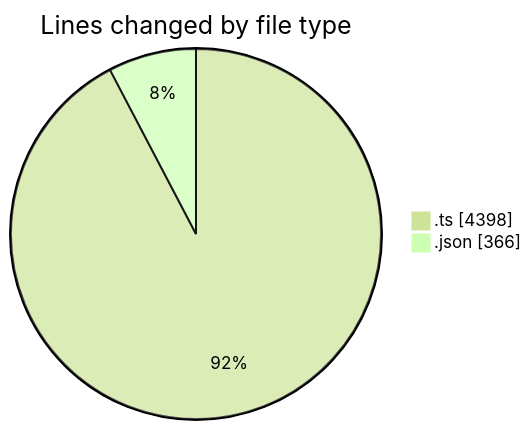
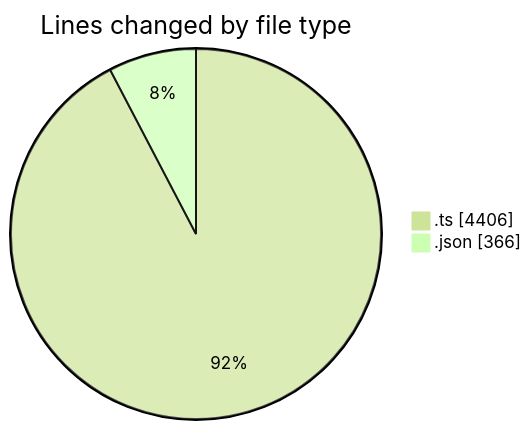
One commit to momahboobian/code-tracking changed the first of 2 diagrams in 2025-10-27/cda/README.md. Above: the diagram before and after it, drawn with Mermaid (forest theme). The commit also changed other lines of this file and 1 other file, not shown here.

````diff
--- a/2025-10-27/cda/README.md
+++ b/2025-10-27/cda/README.md
@@ -26,6 +26,6 @@
 ```mermaid
 pie showData
 title Lines changed by file type
-".ts" : 4398
+".ts" : 4406
 ".json" : 366
 ```
````
